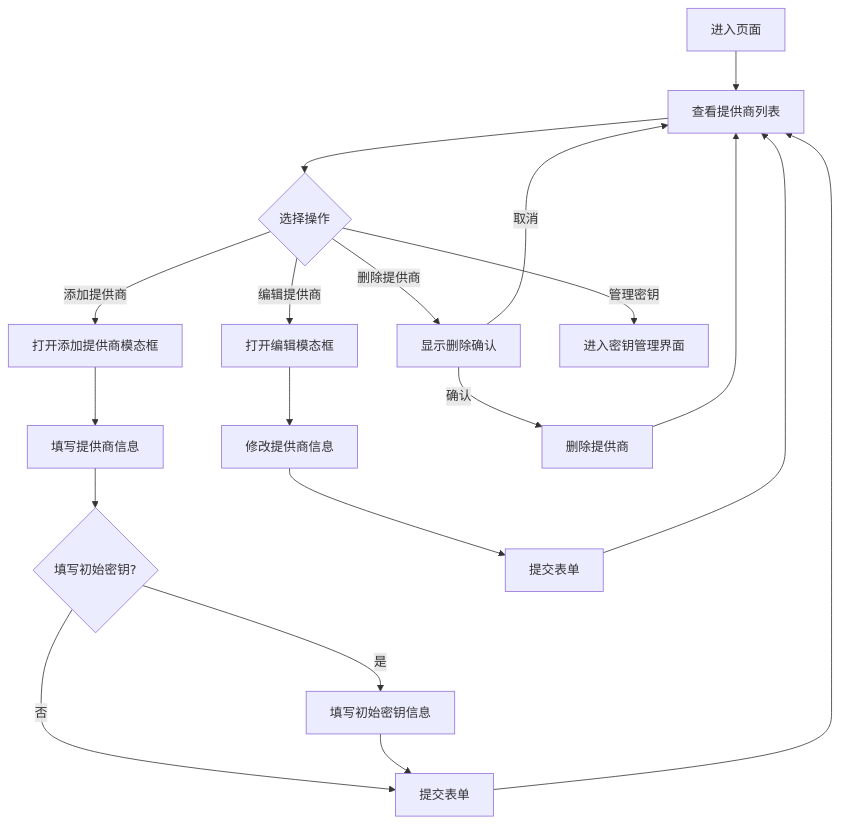
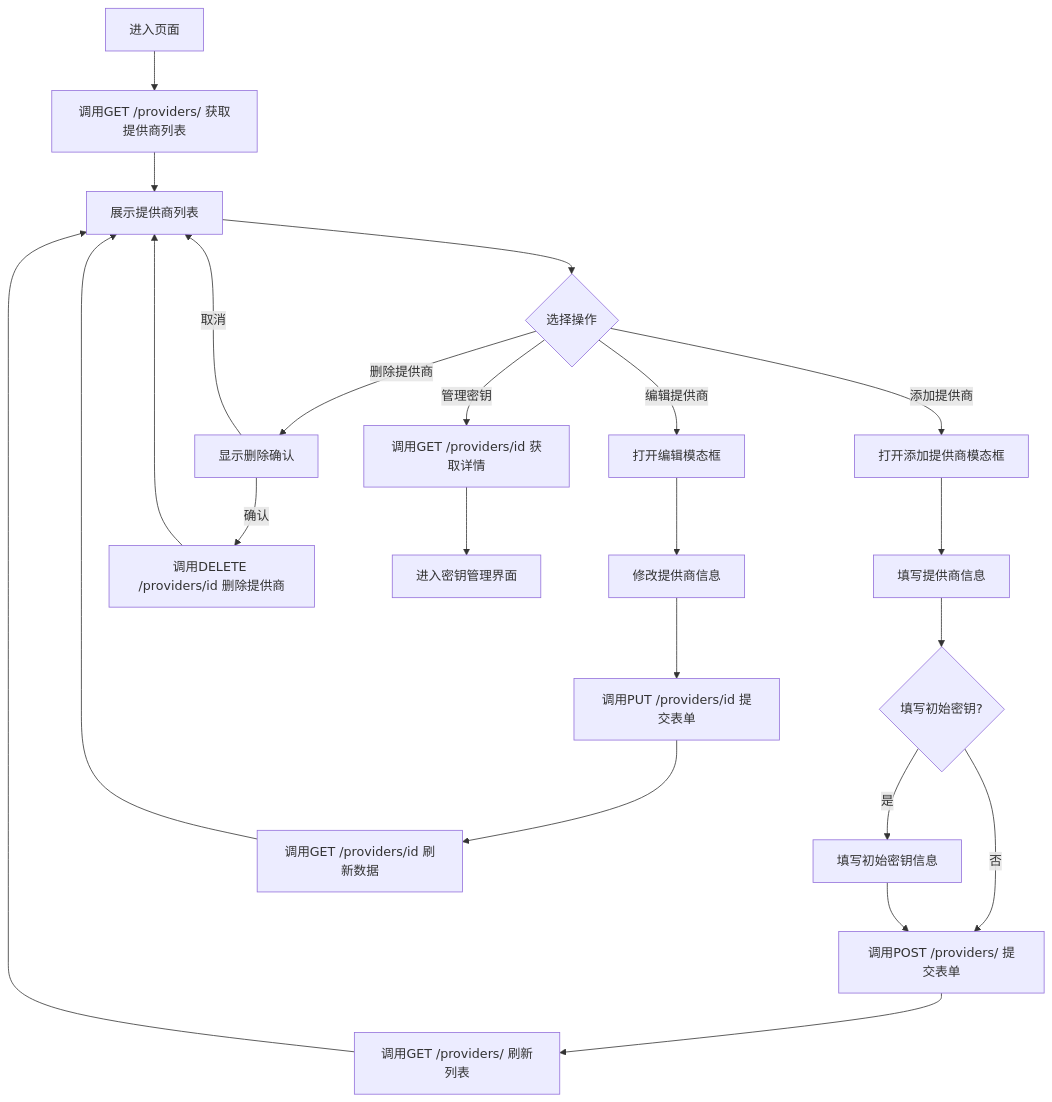
One commit to V1ki/MyAgent changed the second of 5 diagrams in web/src/pages/ModelProviders/Readme.md. Above: the diagram before and after it, drawn with Mermaid. The commit also changed other lines of this file and 4 other files, not shown here.

````diff
--- a/web/src/pages/ModelProviders/Readme.md
+++ b/web/src/pages/ModelProviders/Readme.md
@@ -40,25 +75,29 @@
 ```mermaid
 flowchart TD
-    A[进入页面] --> B[查看提供商列表]
+    A[进入页面] --> A1[调用GET /providers/ 获取提供商列表]
+    A1 --> B[展示提供商列表]
     B --> C{选择操作}
     
     C -->|添加提供商| D[打开添加提供商模态框]
     D --> E[填写提供商信息]
     E --> F{填写初始密钥?}
     F -->|是| G[填写初始密钥信息]
-    F -->|否| H[提交表单]
-    G --> H
-    H --> B
+    F -->|否| H1[调用POST /providers/ 提交表单]
+    G --> H1
+    H1 --> H2[调用GET /providers/ 刷新列表]
+    H2 --> B
     
     C -->|编辑提供商| I[打开编辑模态框]
     I --> J[修改提供商信息]
-    J --> K[提交表单]
-    K --> B
+    J --> K1[调用PUT /providers/id 提交表单]
+    K1 --> K2[调用GET /providers/id 刷新数据]
+    K2 --> B
     
     C -->|删除提供商| L[显示删除确认]
-    L -->|确认| M[删除提供商]
+    L -->|确认| M[调用DELETE /providers/id 删除提供商]
     L -->|取消| B
     M --> B
     
-    C -->|管理密钥| N[进入密钥管理界面]
+    C -->|管理密钥| N1[调用GET /providers/id 获取详情]
+    N1 --> N2[进入密钥管理界面]
 ```
````
